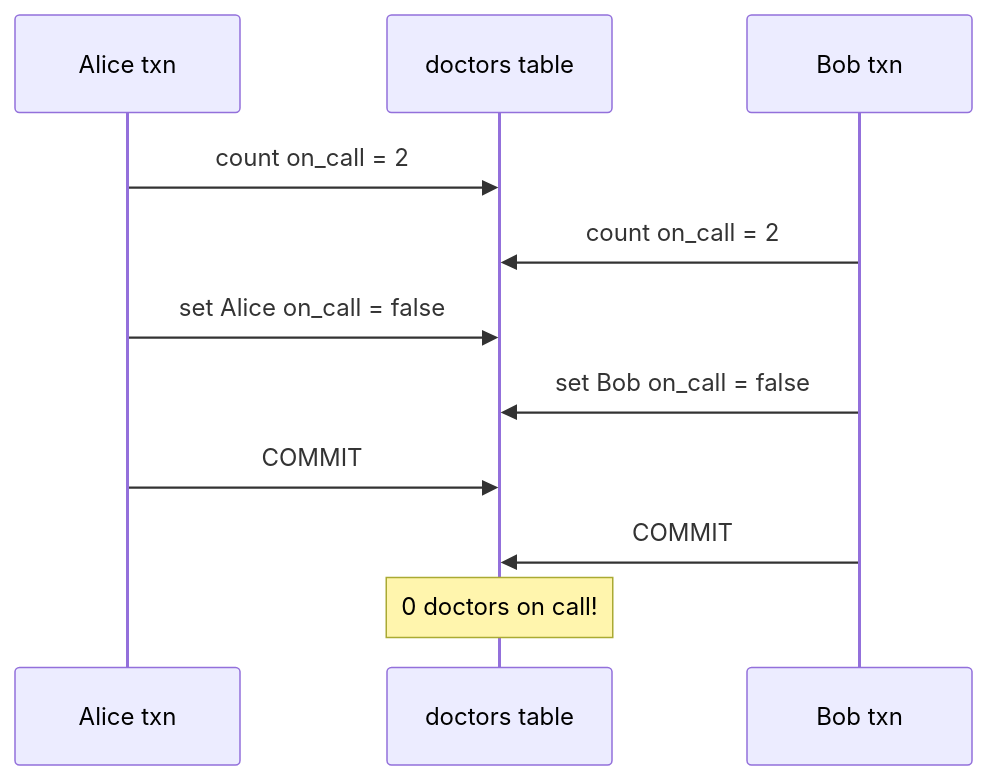
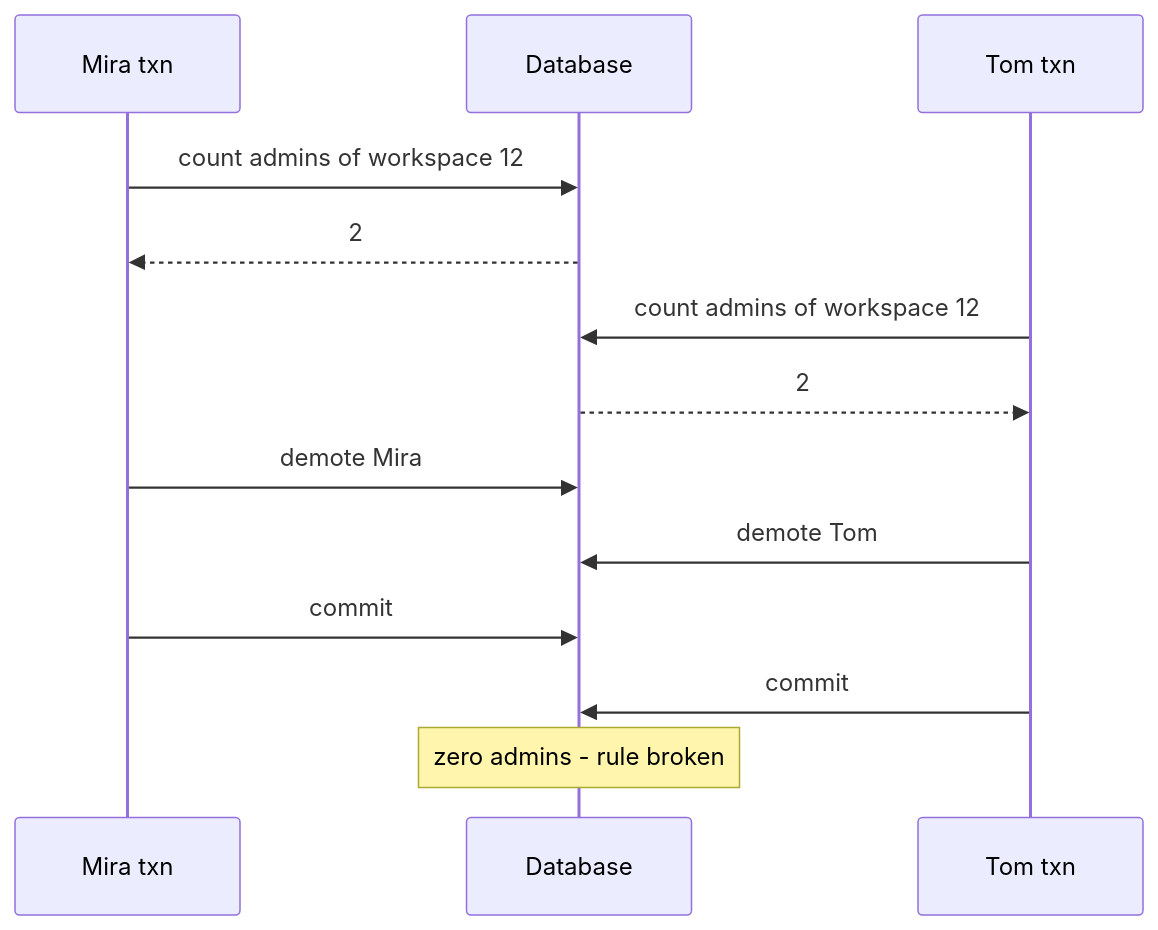
The diagram in src/databases/lessons/16-lost-updates-write-skew.md (alvinnew100/grand-line-study-guide), drawn with Mermaid before and after one commit. The commit also changed other lines of this file and 37 other files, not shown here.

````diff
--- a/src/databases/lessons/16-lost-updates-write-skew.md
+++ b/src/databases/lessons/16-lost-updates-write-skew.md
@@ -134,13 +141,15 @@
 ```mermaid
 sequenceDiagram
-  participant A as Alice txn
-  participant DB as doctors table
-  participant B as Bob txn
-  A->>DB: count on_call = 2
-  B->>DB: count on_call = 2
-  A->>DB: set Alice on_call = false
-  B->>DB: set Bob on_call = false
-  A->>DB: COMMIT
-  B->>DB: COMMIT
-  Note over DB: 0 doctors on call!
+  participant M as Mira txn
+  participant DB as Database
+  participant T as Tom txn
+  M->>DB: count admins of workspace 12
+  DB-->>M: 2
+  T->>DB: count admins of workspace 12
+  DB-->>T: 2
+  M->>DB: demote Mira
+  T->>DB: demote Tom
+  M->>DB: commit
+  T->>DB: commit
+  Note over DB: zero admins - rule broken
 ```
````
